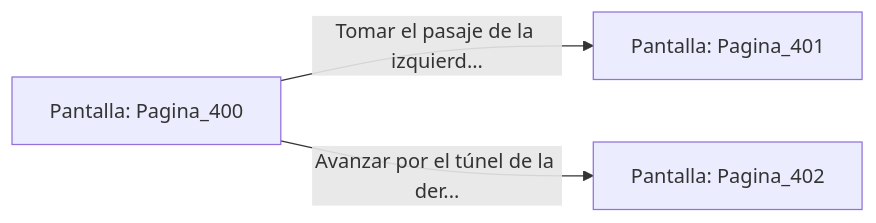
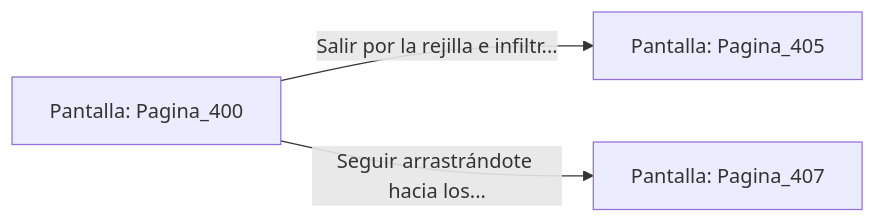
Before and after one commit to metsuke/mpl: the diagram in sample/eligejuego-vault/Pantalla_Pagina_400.md, drawn with Mermaid. The commit also changed other lines of this file and 635 other files, not shown here.

First line of the commit message:
fix: añadir Pagina_1 como pantalla inicial en capitulo_01.mpl

````diff
--- a/sample/eligejuego-vault/Pantalla_Pagina_400.md
+++ b/sample/eligejuego-vault/Pantalla_Pagina_400.md
@@ -20,6 +22,6 @@
 ```mermaid
 graph LR
     P_Pagina_400["Pantalla: Pagina_400"]
-    P_Pagina_400 -->|"Tomar el pasaje de la izquierd..."| P_Pagina_401["Pantalla: Pagina_401"]
-    P_Pagina_400 -->|"Avanzar por el túnel de la der..."| P_Pagina_402["Pantalla: Pagina_402"]
+    P_Pagina_400 -->|"Salir por la rejilla e infiltr..."| P_Pagina_405["Pantalla: Pagina_405"]
+    P_Pagina_400 -->|"Seguir arrastrándote hacia los..."| P_Pagina_407["Pantalla: Pagina_407"]
 ```
````
